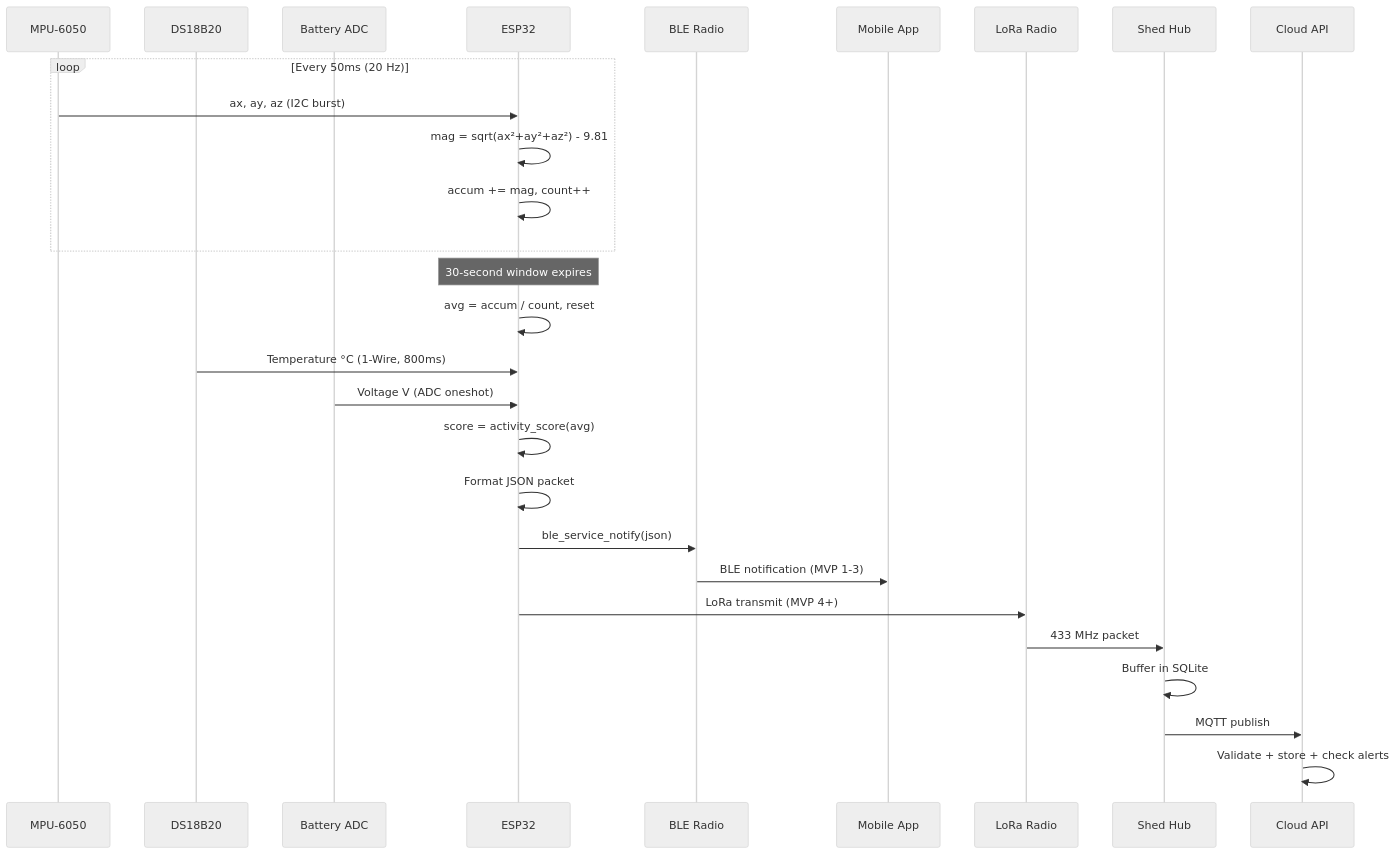
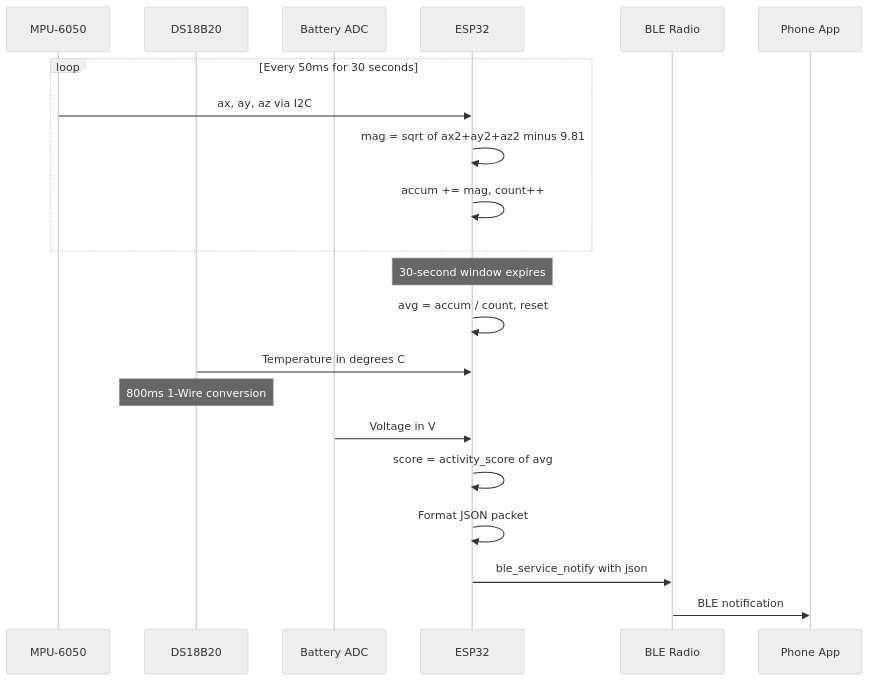
One commit to MYP-Tech/smart-goat-health-band changed the second of 5 diagrams in docs/05_DATA_FLOW_AND_PROTOCOLS.md. Above: the diagram before and after it, drawn with Mermaid (neutral theme). The commit also changed other lines of this file and 6 other files, not shown here.

````diff
--- a/docs/05_DATA_FLOW_AND_PROTOCOLS.md
+++ b/docs/05_DATA_FLOW_AND_PROTOCOLS.md
@@ -23,35 +18,27 @@
 ```mermaid
 sequenceDiagram
     participant MPU as MPU-6050
     participant DS as DS18B20
     participant BAT as Battery ADC
     participant ESP as ESP32
     participant BLE as BLE Radio
-    participant APP as Mobile App
-    participant LORA as LoRa Radio
-    participant HUB as Shed Hub
-    participant CLOUD as Cloud API
+    participant APP as Phone App
 
-    loop Every 50ms (20 Hz)
-        MPU->>ESP: ax, ay, az (I2C burst)
-        ESP->>ESP: mag = sqrt(ax²+ay²+az²) - 9.81
+    loop Every 50ms for 30 seconds
+        MPU->>ESP: ax, ay, az via I2C
+        ESP->>ESP: mag = sqrt of ax2+ay2+az2 minus 9.81
         ESP->>ESP: accum += mag, count++
     end
 
     Note over ESP: 30-second window expires
 
     ESP->>ESP: avg = accum / count, reset
-    DS->>ESP: Temperature °C (1-Wire, 800ms)
-    BAT->>ESP: Voltage V (ADC oneshot)
-    ESP->>ESP: score = activity_score(avg)
+    DS->>ESP: Temperature in degrees C
+    Note over DS: 800ms 1-Wire conversion
+    BAT->>ESP: Voltage in V
+    ESP->>ESP: score = activity_score of avg
     ESP->>ESP: Format JSON packet
 
-    ESP->>BLE: ble_service_notify(json)
-    BLE->>APP: BLE notification (MVP 1-3)
-
-    ESP->>LORA: LoRa transmit (MVP 4+)
-    LORA->>HUB: 433 MHz packet
-    HUB->>HUB: Buffer in SQLite
-    HUB->>CLOUD: MQTT publish
-    CLOUD->>CLOUD: Validate + store + check alerts
+    ESP->>BLE: ble_service_notify with json
+    BLE->>APP: BLE notification
 ```
````
